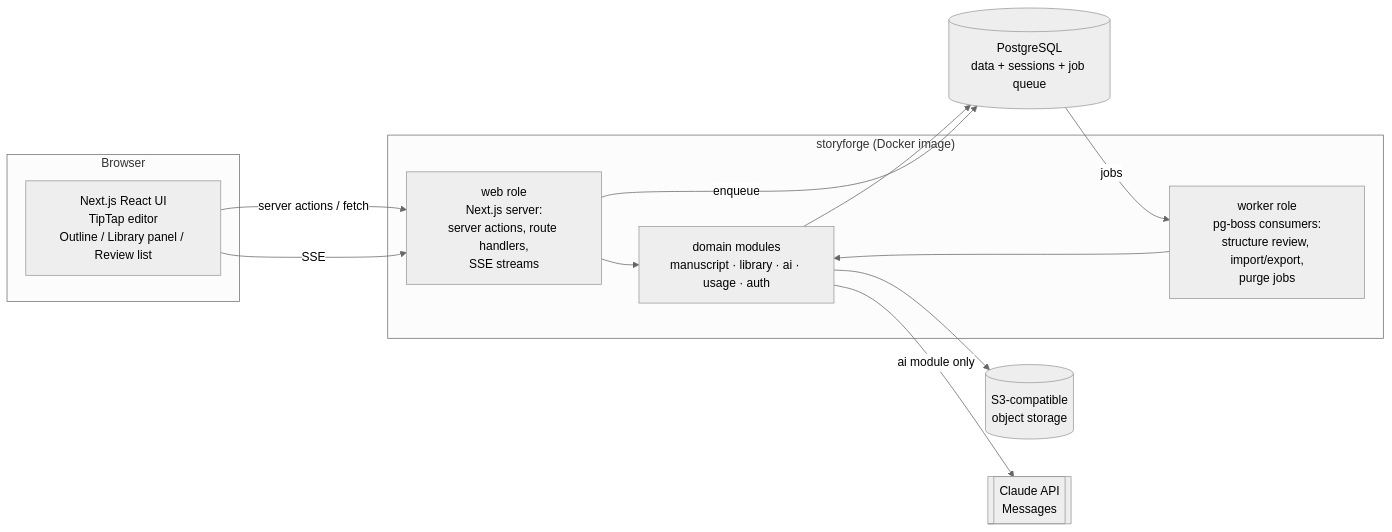
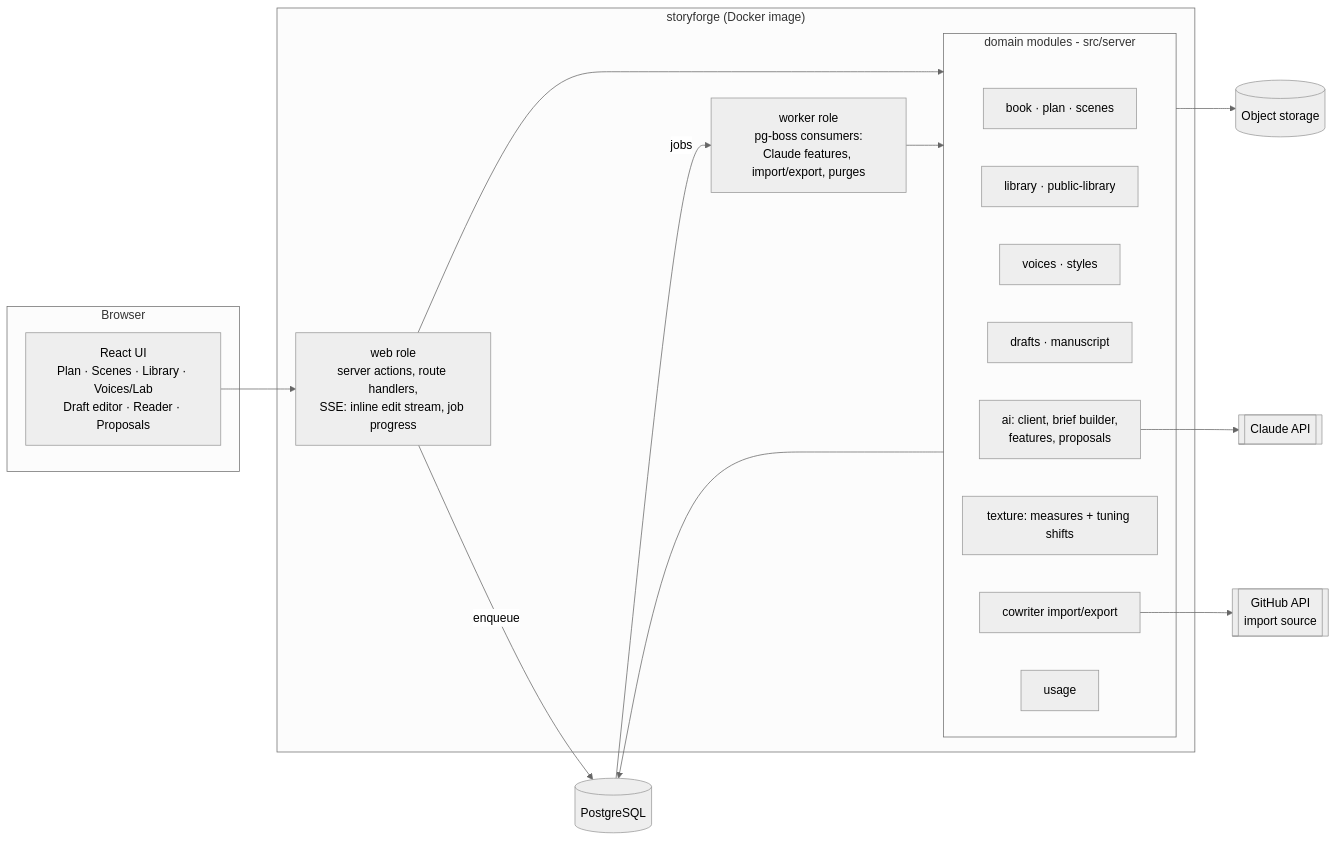
Before and after one commit to rafaxalv/storyforge: the first of 2 diagrams in ARCHITECTURE.md, drawn with Mermaid (neutral theme). The commit also changed other lines of this file and 2 other files, not shown here.

First line of the commit message:
docs(prd): rework PRD and architecture as cowriter successor

````diff
--- a/ARCHITECTURE.md
+++ b/ARCHITECTURE.md
@@ -31,24 +34,34 @@
 ```mermaid
 flowchart LR
   subgraph Browser
-    UI[Next.js React UI\nTipTap editor\nOutline / Library panel / Review list]
+    UI[React UI\nPlan · Scenes · Library · Voices/Lab\nDraft editor · Reader · Proposals]
   end
   subgraph App["storyforge (Docker image)"]
-    WEB[web role\nNext.js server:\nserver actions, route handlers,\nSSE streams]
-    WORKER[worker role\npg-boss consumers:\nstructure review, import/export,\npurge jobs]
-    DOMAIN[domain modules\nmanuscript · library · ai · usage · auth]
+    WEB[web role\nserver actions, route handlers,\nSSE: inline edit stream, job progress]
+    WORKER[worker role\npg-boss consumers:\nClaude features, import/export, purges]
+    subgraph DOMAIN[domain modules - src/server]
+      BOOK[book · plan · scenes]
+      LIB[library · public-library]
+      VOICE[voices · styles]
+      TEXT[drafts · manuscript]
+      AI[ai: client, brief builder,\nfeatures, proposals]
+      TEX[texture: measures + tuning shifts]
+      IO[cowriter import/export]
+      USAGE[usage]
+    end
   end
-  PG[(PostgreSQL\ndata + sessions + job queue)]
-  S3[(S3-compatible\nobject storage)]
-  CLAUDE[[Claude API\nMessages]]
+  PG[(PostgreSQL)]
+  S3[(Object storage)]
+  CLAUDE[[Claude API]]
+  GH[[GitHub API\nimport source]]
 
-  UI -- server actions / fetch --> WEB
-  UI -- SSE --> WEB
+  UI --> WEB
   WEB --> DOMAIN
   WORKER --> DOMAIN
   DOMAIN --> PG
   DOMAIN --> S3
-  DOMAIN -- "ai module only" --> CLAUDE
+  AI --> CLAUDE
+  IO --> GH
   WEB -- enqueue --> PG
   PG -- jobs --> WORKER
 ```
````
